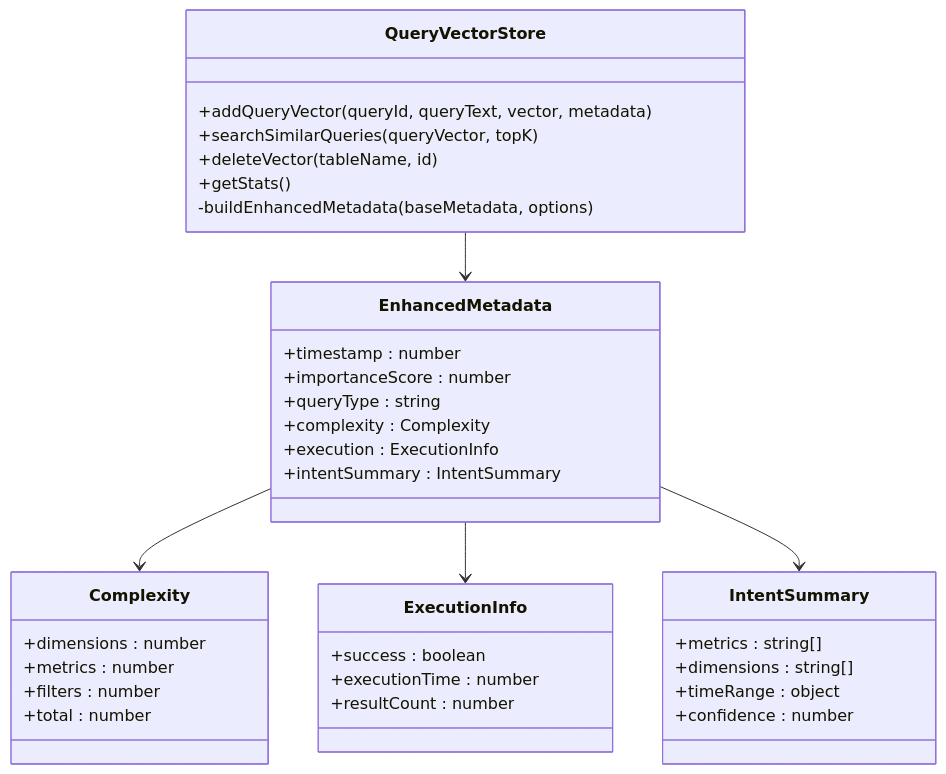
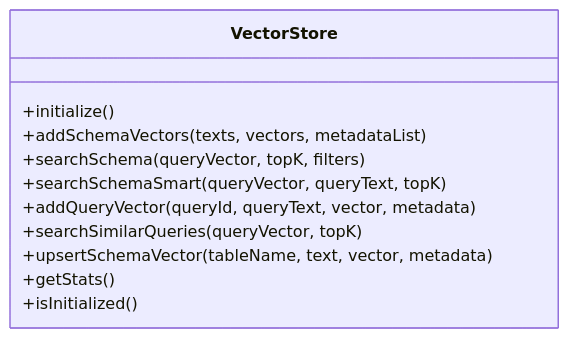
Before and after one commit to HanHuiOnLine/724-office: the third of 9 diagrams in NL2SQL/.qoder/repowiki/zh/content/记忆系统/向量存储系统.md, drawn with Mermaid. The commit also changed other lines of this file and 203 other files, not shown here.

````diff
--- a/NL2SQL/.qoder/repowiki/zh/content/记忆系统/向量存储系统.md
+++ b/NL2SQL/.qoder/repowiki/zh/content/记忆系统/向量存储系统.md
@@ -236,39 +152,14 @@
 ```mermaid
 classDiagram
-class QueryVectorStore {
+class VectorStore {
++initialize()
++addSchemaVectors(texts, vectors, metadataList)
++searchSchema(queryVector, topK, filters)
++searchSchemaSmart(queryVector, queryText, topK)
 +addQueryVector(queryId, queryText, vector, metadata)
 +searchSimilarQueries(queryVector, topK)
-+deleteVector(tableName, id)
++upsertSchemaVector(tableName, text, vector, metadata)
 +getStats()
--buildEnhancedMetadata(baseMetadata, options)
++isInitialized()
 }
-class EnhancedMetadata {
-+timestamp : number
-+importanceScore : number
-+queryType : string
-+complexity : Complexity
-+execution : ExecutionInfo
-+intentSummary : IntentSummary
-}
-class Complexity {
-+dimensions : number
-+metrics : number
-+filters : number
-+total : number
-}
-class ExecutionInfo {
-+success : boolean
-+executionTime : number
-+resultCount : number
-}
-class IntentSummary {
-+metrics : string[]
-+dimensions : string[]
-+timeRange : object
-+confidence : number
-}
-QueryVectorStore --> EnhancedMetadata
-EnhancedMetadata --> Complexity
-EnhancedMetadata --> ExecutionInfo
-EnhancedMetadata --> IntentSummary
 ```
````
